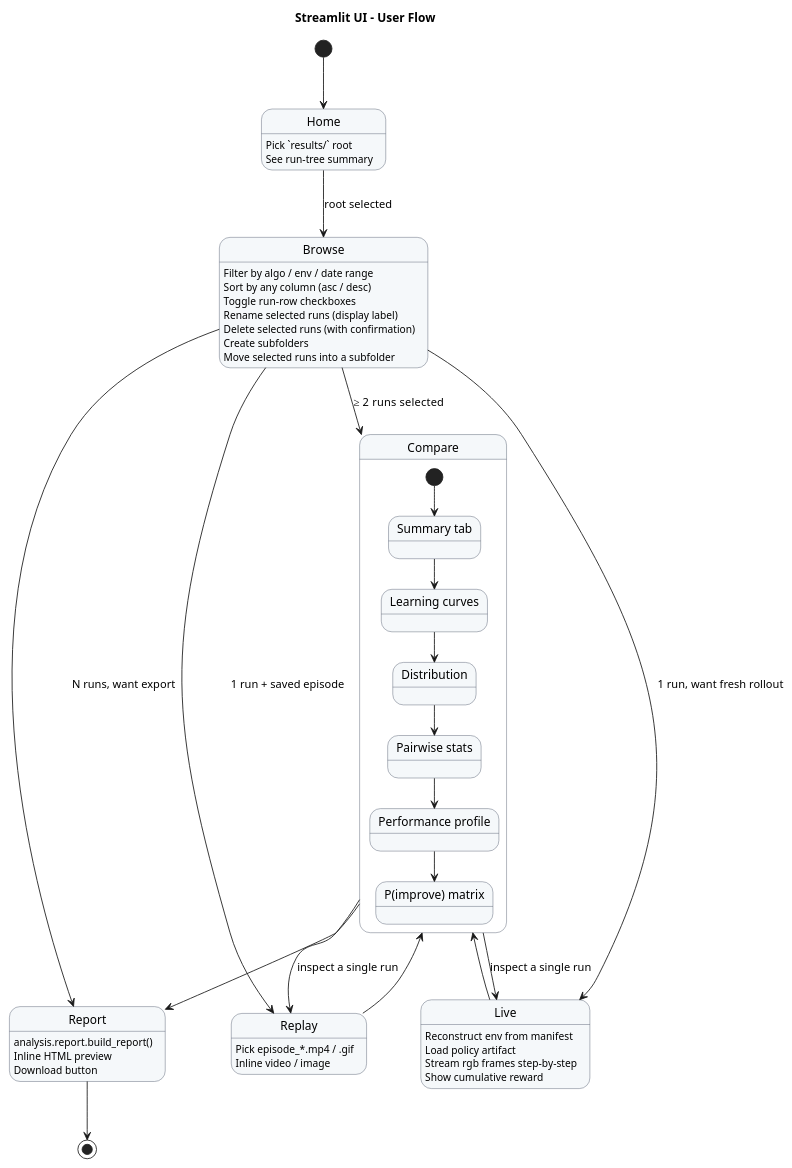
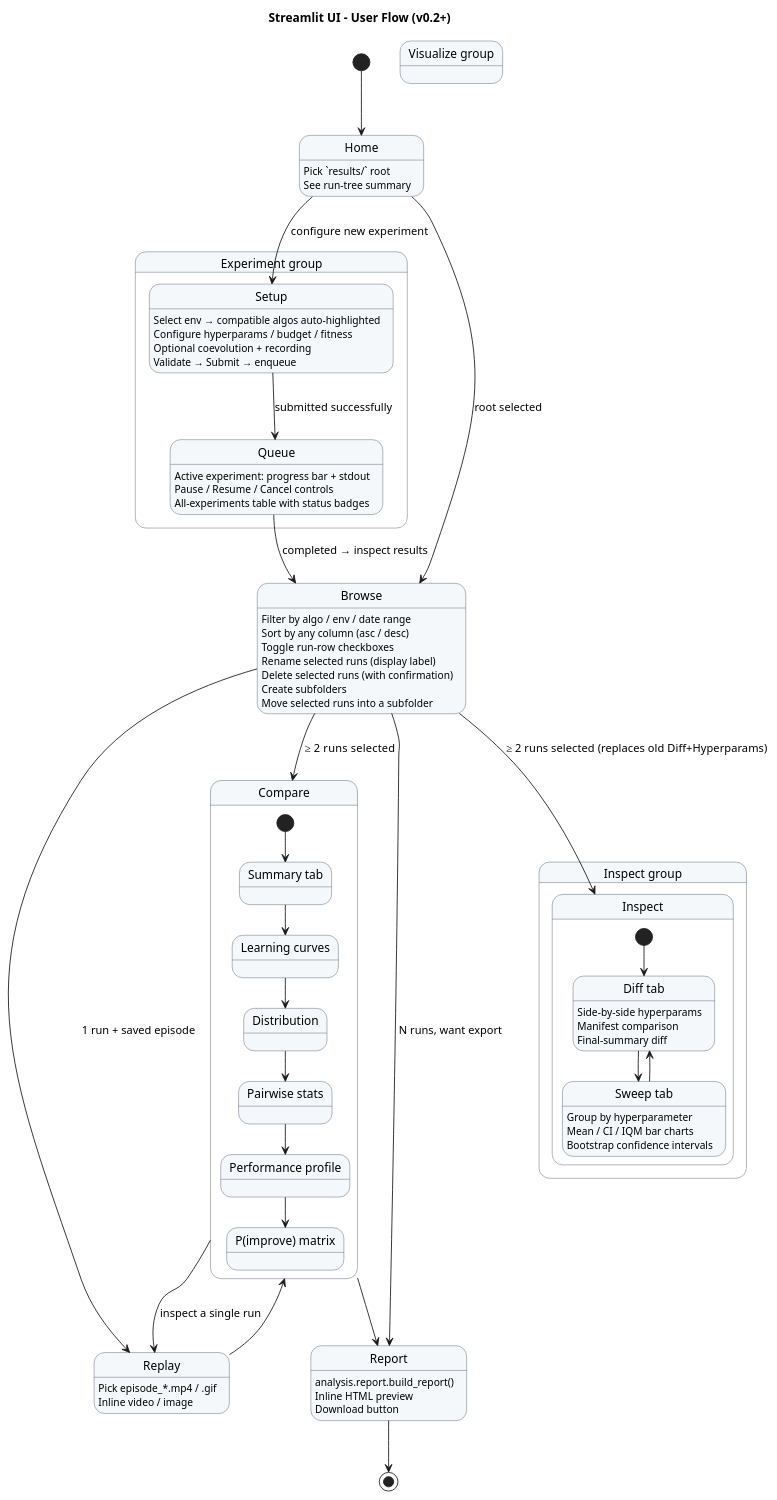
The diagram in docs/UML/user_flow_ui.puml (Alex180504/DEAP-Zoo-bridge), drawn with PlantUML before and after one commit. The commit also changed 6 other files, not shown here.

Commit message:
Update UML

```diff
--- a/docs/UML/user_flow_ui.puml
+++ b/docs/UML/user_flow_ui.puml
@@ -1,73 +1,103 @@
 @startuml user_flow_ui
-title Streamlit UI – User Flow
+title Streamlit UI – User Flow (v0.2+)
 
 skinparam state {
   BackgroundColor #F5F8FA
   BorderColor #4A5568
 }
 
 [*] --> Home
 
 state Home {
     Home : Pick `results/` root
     Home : See run-tree summary
 }
 
 Home --> Browse : root selected
 
+state "Experiment group" as ExpGroup {
+    state Setup {
+        Setup : Select env → compatible algos auto-highlighted
+        Setup : Configure hyperparams / budget / fitness
+        Setup : Optional coevolution + recording
+        Setup : Validate → Submit → enqueue
+    }
+    state Queue {
+        Queue : Active experiment: progress bar + stdout
+        Queue : Pause / Resume / Cancel controls
+        Queue : All-experiments table with status badges
+    }
+}
+
+Home --> Setup : configure new experiment
+Setup --> Queue : submitted successfully
+Queue --> Browse : completed → inspect results
+
 state Browse {
     Browse : Filter by algo / env / date range
     Browse : Sort by any column (asc / desc)
     Browse : Toggle run-row checkboxes
     Browse : Rename selected runs (display label)
     Browse : Delete selected runs (with confirmation)
     Browse : Create subfolders
     Browse : Move selected runs into a subfolder
 }
 
 Browse --> Compare : ≥ 2 runs selected
 Browse --> Replay : 1 run + saved episode
-Browse --> Live   : 1 run, want fresh rollout
 Browse --> Report : N runs, want export
 
-state Compare {
-    state "Summary tab"        as Sum
-    state "Learning curves"    as LC
-    state "Distribution"       as Dist
-    state "Pairwise stats"     as PW
-    state "Performance profile" as PP
-    state "P(improve) matrix"  as PI
-    [*] --> Sum
-    Sum --> LC
-    LC --> Dist
-    Dist --> PW
-    PW --> PP
-    PP --> PI
+state "Visualize group" as VisGroup {
+    state Compare {
+        state "Summary tab"        as Sum
+        state "Learning curves"    as LC
+        state "Distribution"       as Dist
+        state "Pairwise stats"     as PW
+        state "Performance profile" as PP
+        state "P(improve) matrix"  as PI
+        [*] --> Sum
+        Sum --> LC
+        LC --> Dist
+        Dist --> PW
+        PW --> PP
+        PP --> PI
+    }
+
+    state Replay {
+        Replay : Pick episode_*.mp4 / .gif
+        Replay : Inline video / image
+    }
+
+    state Report {
+        Report : analysis.report.build_report()
+        Report : Inline HTML preview
+        Report : Download button
+    }
 }
 
-state Replay {
-    Replay : Pick episode_*.mp4 / .gif
-    Replay : Inline video / image
+state "Inspect group" as InsGroup {
+    state Inspect {
+        state "Diff tab" as Diff {
+            Diff : Side-by-side hyperparams
+            Diff : Manifest comparison
+            Diff : Final-summary diff
+        }
+        state "Sweep tab" as Sweep {
+            Sweep : Group by hyperparameter
+            Sweep : Mean / CI / IQM bar charts
+            Sweep : Bootstrap confidence intervals
+        }
+        [*] --> Diff
+        Diff --> Sweep
+        Sweep --> Diff
+    }
 }
 
-state Live {
-    Live : Reconstruct env from manifest
-    Live : Load policy artifact
-    Live : Stream rgb frames step-by-step
-    Live : Show cumulative reward
-}
-
-state Report {
-    Report : analysis.report.build_report()
-    Report : Inline HTML preview
-    Report : Download button
-}
+Browse --> Inspect : ≥ 2 runs selected (replaces old Diff+Hyperparams)
 
 Compare --> Report
 Compare --> Replay : inspect a single run
-Compare --> Live   : inspect a single run
 Replay --> Compare
-Live   --> Compare
 Report --> [*]
 
 @enduml
```
